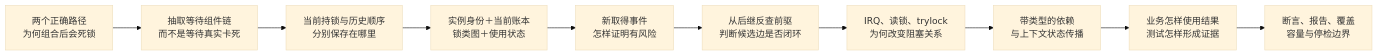
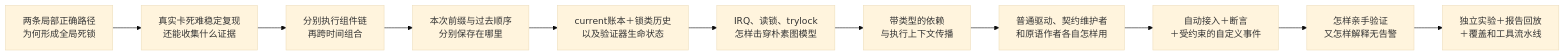
One commit to FormingSystem/linux_note changed the diagram in knowledge/linux/synchronization/lockdep/大纲.md. Above: the diagram before and after it, drawn with Mermaid (base theme). The commit also changed other lines of this file and 23 other files, not shown here.

````diff
--- a/knowledge/linux/synchronization/lockdep/大纲.md
+++ b/knowledge/linux/synchronization/lockdep/大纲.md
@@ -58,12 +60,13 @@
 ```mermaid
 flowchart LR
-    Q1["两个正确路径<br/>为何组合后会死锁"] --> M1["抽取等待组件链<br/>而不是等待真实卡死"]
-    M1 --> Q2["当前持锁与历史顺序<br/>分别保存在哪里"]
-    Q2 --> M2["实例身份＋当前账本<br/>锁类图＋使用状态"]
-    M2 --> Q3["新取得事件<br/>怎样证明有风险"]
-    Q3 --> M3["从后继反查前驱<br/>判断候选边是否闭环"]
-    M3 --> Q4["IRQ、读锁、trylock<br/>为何改变阻塞关系"]
-    Q4 --> M4["带类型的依赖<br/>与上下文状态传播"]
-    M4 --> Q5["业务怎样使用结果<br/>测试怎样形成证据"]
-    Q5 --> M5["断言、报告、覆盖<br/>容量与停检边界"]
+    Q1["两条局部正确路径<br/>为何形成全局死锁"] --> Q2["真实卡死难稳定复现<br/>还能收集什么证据"]
+    Q2 --> M1["分别执行组件链<br/>再跨时间组合"]
+    M1 --> Q3["本次前缀与过去顺序<br/>分别保存在哪里"]
+    Q3 --> M2["current账本＋锁类历史<br/>以及验证器生命状态"]
+    M2 --> Q4["IRQ、读锁、trylock<br/>怎样击穿朴素图模型"]
+    Q4 --> M3["带类型的依赖<br/>与执行上下文传播"]
+    M3 --> Q5["普通驱动、契约维护者<br/>和原语作者各自怎样用"]
+    Q5 --> M4["自动接入＋断言<br/>＋受约束的自定义事件"]
+    M4 --> Q6["怎样亲手验证<br/>又怎样解释无告警"]
+    Q6 --> M5["独立实验＋报告回放<br/>＋覆盖和工具流水线"]
 ```
````
